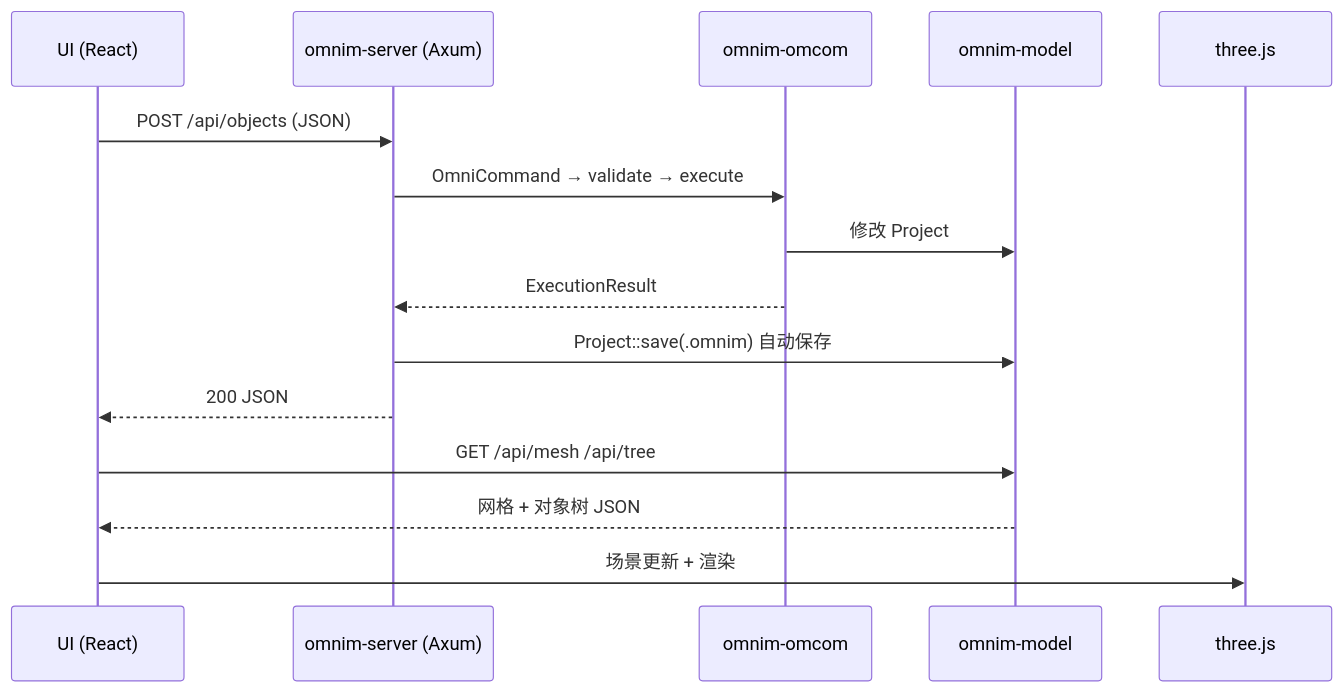
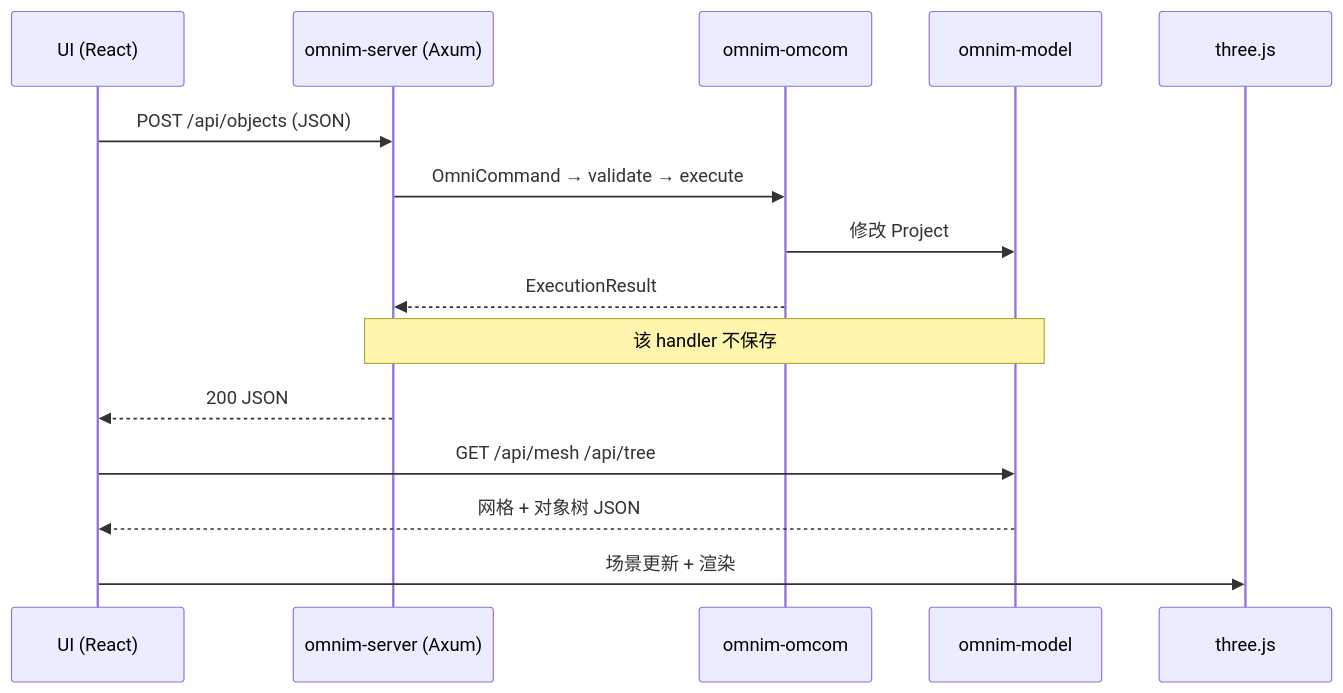
One commit to ronekyng/OmniM changed the first of 5 diagrams in docs/architecture/DATA_FLOW.zh-CN.md. Above: the diagram before and after it, drawn with Mermaid. The commit also changed other lines of this file and 74 other files, not shown here.

````diff
--- a/docs/architecture/DATA_FLOW.zh-CN.md
+++ b/docs/architecture/DATA_FLOW.zh-CN.md
@@ -72,17 +84,17 @@
 ```mermaid
 sequenceDiagram
     participant U as UI (React)
     participant S as omnim-server (Axum)
     participant O as omnim-omcom
     participant M as omnim-model
     participant R as three.js
     U->>S: POST /api/objects (JSON)
     S->>O: OmniCommand → validate → execute
     O->>M: 修改 Project
     O-->>S: ExecutionResult
-    S->>M: Project::save(.omnim) 自动保存
+    Note over S,M: 该 handler 不保存
     S-->>U: 200 JSON
     U->>M: GET /api/mesh /api/tree
     M-->>U: 网格 + 对象树 JSON
     U->>R: 场景更新 + 渲染
 ```
````
